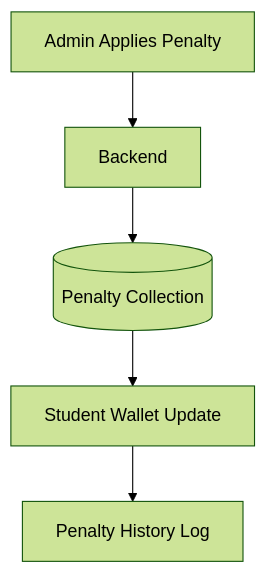
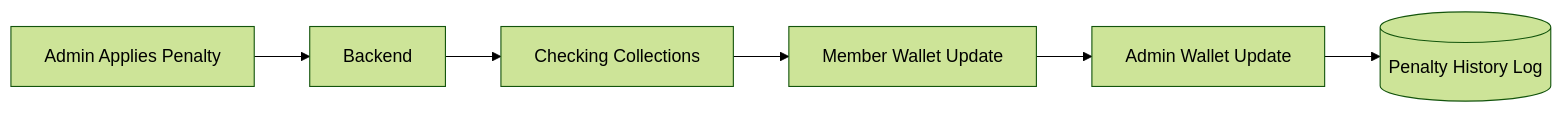
Before and after one commit to YashKerkarTech04/YAR-Coin-2.0: the fifth of 10 diagrams in README.md, drawn with Mermaid (forest theme). The commit also changed other lines of this file, not shown here.

````diff
--- a/README.md
+++ b/README.md
@@ -136,7 +136,8 @@
 ```mermaid
-flowchart TD
+flowchart LR
     A[Admin Applies Penalty] --> B[Backend]
-    B --> C[(Penalty Collection)]
-    C --> D[Student Wallet Update]
-    D --> E[Penalty History Log]
+    B --> C[Checking Collections]
+    C --> D[Member Wallet Update]
+    D --> E[Admin Wallet Update]
+    E --> F[(Penalty History Log)]
 ```
````
